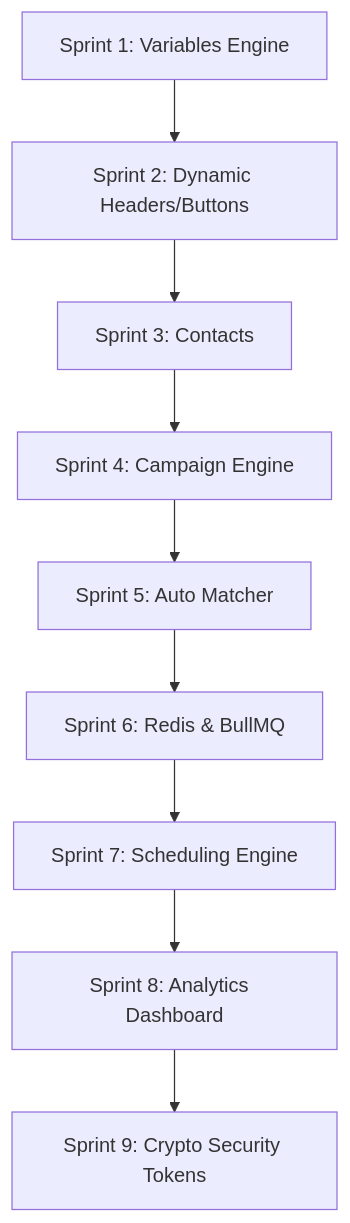
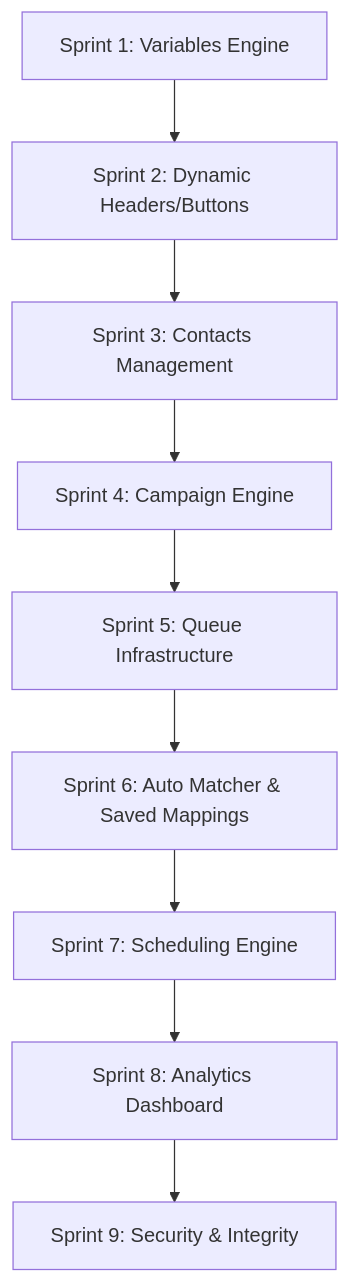
One commit to priyanshugargwhiteforce/WhiteForceMetaProject changed the diagram in WHATSAPP_UPGRADE_IMPLEMENTATION_PLAN.md. Above: the diagram before and after it, drawn with Mermaid. The commit also changed other lines of this file, not shown here.

````diff
--- a/WHATSAPP_UPGRADE_IMPLEMENTATION_PLAN.md
+++ b/WHATSAPP_UPGRADE_IMPLEMENTATION_PLAN.md
@@ -20,11 +20,11 @@
 ```mermaid
 graph TD
     Sprint1[Sprint 1: Variables Engine] --> Sprint2[Sprint 2: Dynamic Headers/Buttons]
-    Sprint2 --> Sprint3[Sprint 3: Contacts ]
+    Sprint2 --> Sprint3[Sprint 3: Contacts Management]
     Sprint3 --> Sprint4[Sprint 4: Campaign Engine]
-    Sprint4 --> Sprint5[Sprint 5: Auto Matcher]
-    Sprint5 --> Sprint6[Sprint 6: Redis & BullMQ]
+    Sprint4 --> Sprint5[Sprint 5: Queue Infrastructure]
+    Sprint5 --> Sprint6[Sprint 6: Auto Matcher & Saved Mappings]
     Sprint6 --> Sprint7[Sprint 7: Scheduling Engine]
-    Sprint7 --> Sprint8[Sprint 8: Analytics  Dashboard]
-    Sprint8 --> Sprint9[Sprint 9: Crypto Security Tokens]
+    Sprint7 --> Sprint8[Sprint 8: Analytics Dashboard]
+    Sprint8 --> Sprint9[Sprint 9: Security & Integrity]
 ```
````
